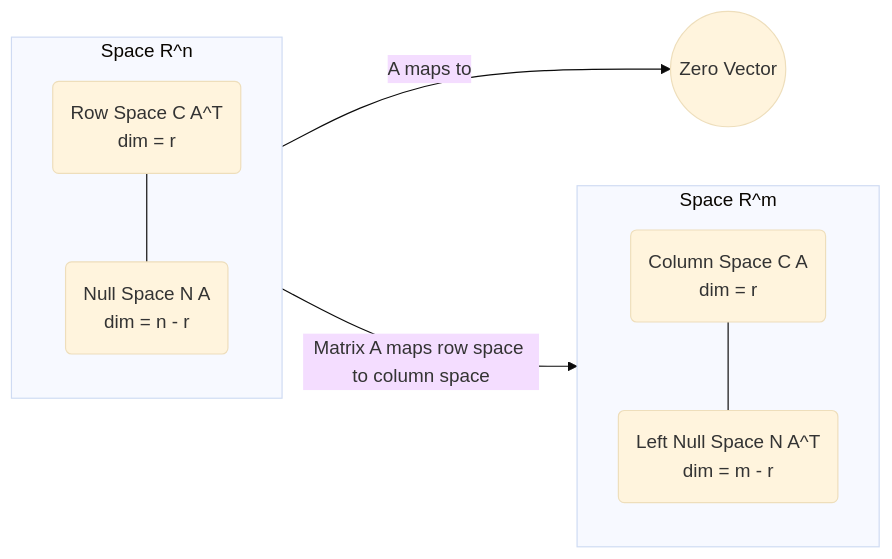
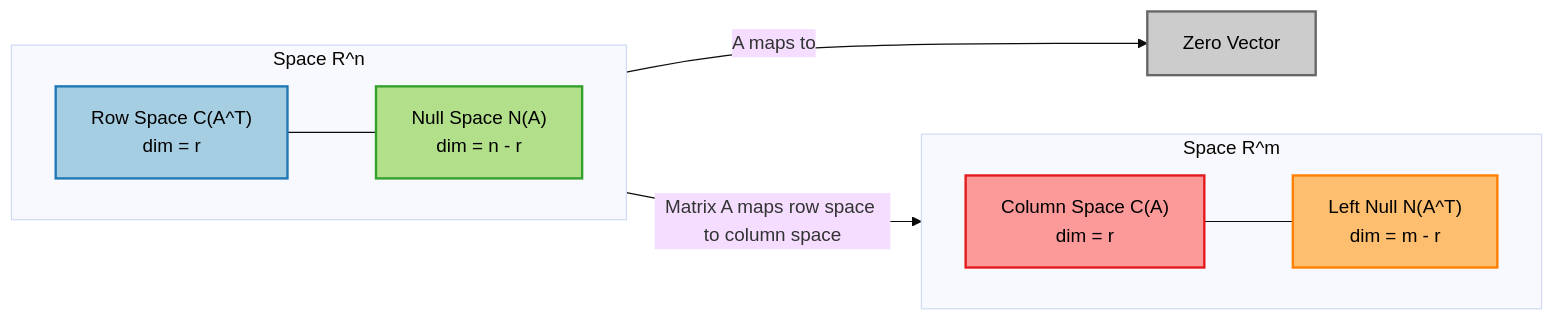
Before and after one commit to SMTEmon/2-1: the diagram in 4341 Linear Algebra/Notes (Gilbert Strang)/10. The Four Fundamental Subspaces.md, drawn with Mermaid (base theme).

Commit message:
vault backup: 2026-01-10 01:14:28

````diff
--- a/4341 Linear Algebra/Notes (Gilbert Strang)/10. The Four Fundamental Subspaces.md
+++ b/4341 Linear Algebra/Notes (Gilbert Strang)/10. The Four Fundamental Subspaces.md
@@ -109,19 +109,30 @@
 ```mermaid
 graph LR
+    %% Styles
+    classDef rowspace fill:#a6cee3,stroke:#1f78b4,stroke-width:2px,color:#000;
+    classDef nullspace fill:#b2df8a,stroke:#33a02c,stroke-width:2px,color:#000;
+    classDef colspace fill:#fb9a99,stroke:#e31a1c,stroke-width:2px,color:#000;
+    classDef leftnull fill:#fdbf6f,stroke:#ff7f00,stroke-width:2px,color:#000;
+    classDef zero fill:#cccccc,stroke:#666666,stroke-width:2px,color:#000;
+
+    %% Subgraph R^n
     subgraph Rn [Space R^n]
-        direction TB
-        RowSpace(Row Space C A^T <br> dim = r)
-        NullSpace(Null Space N A <br> dim = n - r)
+        direction LR
+        RowSpace["Row Space C(A^T)<br>dim = r"]:::rowspace
+        NullSpace["Null Space N(A)<br>dim = n - r"]:::nullspace
         RowSpace --- NullSpace
     end
 
+    %% Subgraph R^m
     subgraph Rm [Space R^m]
-        direction TB
-        ColSpace(Column Space C A <br> dim = r)
-        LeftNull(Left Null Space N A^T <br> dim = m - r)
+        direction LR
+        ColSpace["Column Space C(A)<br>dim = r"]:::colspace
+        LeftNull["Left Null N(A^T)<br>dim = m - r"]:::leftnull
         ColSpace --- LeftNull
     end
 
-    Rn -- Matrix A maps row space to column space --> Rm
-    NullSpace -- A maps to --> Zero((Zero Vector))
+    %% Mapping arrows
+    Rn -->|Matrix A maps row space to column space| Rm
+    NullSpace -->|A maps to| Zero["Zero Vector"]:::zero
+
 ```
````
